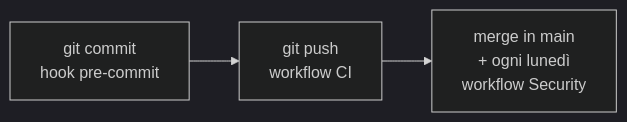
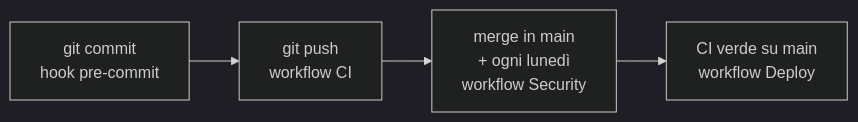
The first of 2 diagrams in docs/ci-cd.md (DavideZanellato99/SkillLab), drawn with Mermaid (dark theme) before and after one commit. The commit also changed other lines of this file and 8 other files, not shown here.

````diff
--- a/docs/ci-cd.md
+++ b/docs/ci-cd.md
@@ -10,5 +10,6 @@
 ```mermaid
 flowchart LR
     A["git commit<br/>hook pre-commit"] --> B["git push<br/>workflow CI"]
     B --> C["merge in main<br/>+ ogni lunedì<br/>workflow Security"]
+    C --> D["CI verde su main<br/>workflow Deploy"]
 ```
````
